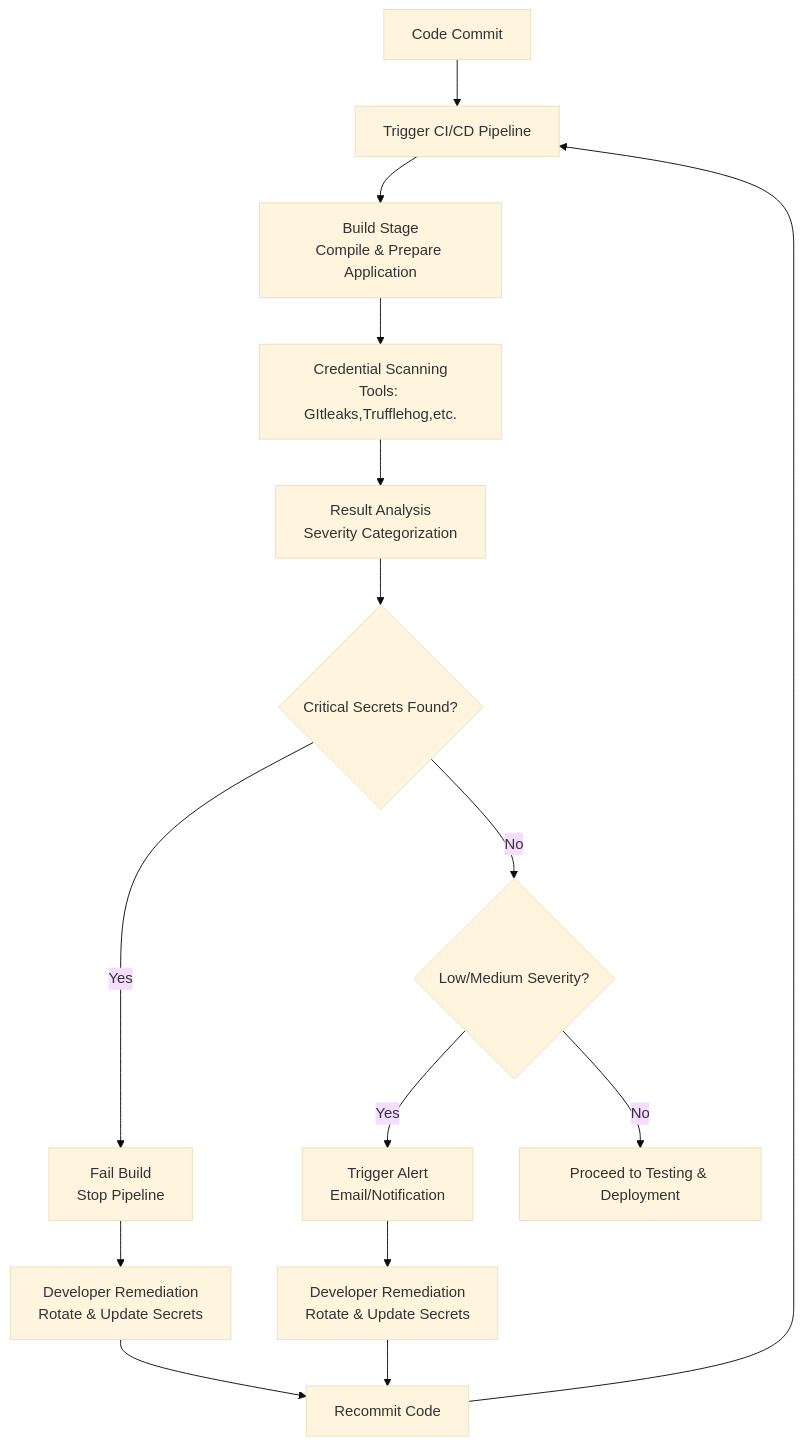
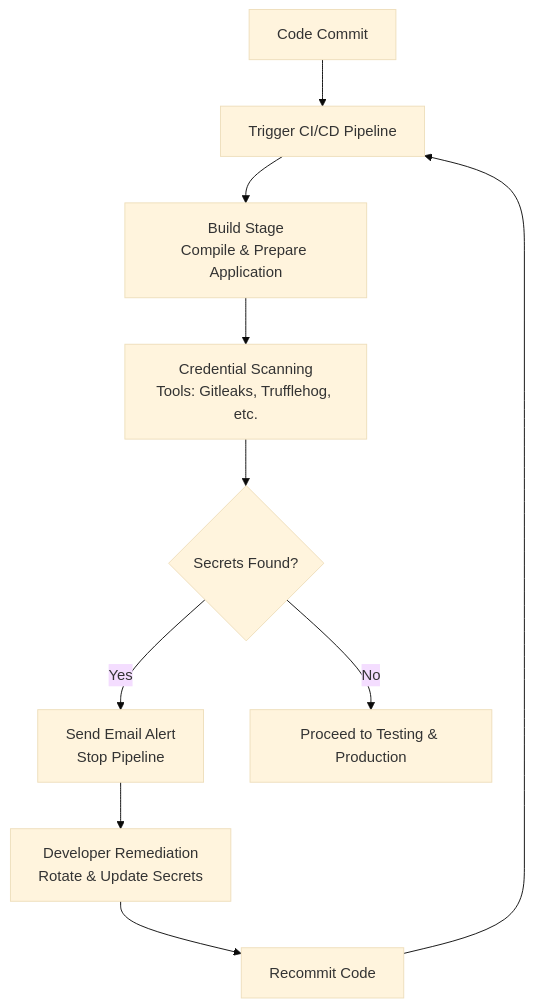
One commit to Ishaan-Dev5/sanatak changed the diagram in sprint-2/CredScanning.md. Above: the diagram before and after it, drawn with Mermaid (base theme). The commit also changed other lines of this file, not shown here.

````diff
--- a/sprint-2/CredScanning.md
+++ b/sprint-2/CredScanning.md
@@ -65,23 +70,15 @@
 ```mermaid
 flowchart TD
     A[Code Commit] --> B[Trigger CI/CD Pipeline]
     B --> C[Build Stage<br>Compile & Prepare Application]
-    C --> D[Credential Scanning<br>Tools: GItleaks,Trufflehog,etc.]
-    D --> E[Result Analysis<br>Severity Categorization]
-    
-    E --> F1{Critical Secrets Found?}
-    
-    F1 -->|Yes| G1[Fail Build<br>Stop Pipeline]
-    F1 -->|No| F2{Low/Medium Severity?}
-    
-    F2 -->|Yes| G2[Trigger Alert<br>Email/Notification]
-    G2 --> H[Developer Remediation<br>Rotate & Update Secrets]
-    H --> I[Recommit Code]
-    I --> B
-    
-    F2 -->|No| J[Proceed to Testing & Deployment]
+    C --> D[Credential Scanning<br>Tools: Gitleaks, Trufflehog, etc.]
+    D --> E{Secrets Found?}
 
-    G1 --> K[Developer Remediation<br>Rotate & Update Secrets]
-    K --> I
+    E -->|Yes| F[Send Email Alert<br>Stop Pipeline]
+    F --> G[Developer Remediation<br>Rotate & Update Secrets]
+    G --> H[Recommit Code]
+    H --> B
+
+    E -->|No| I[Proceed to Testing & Production]
 
 ```
````
